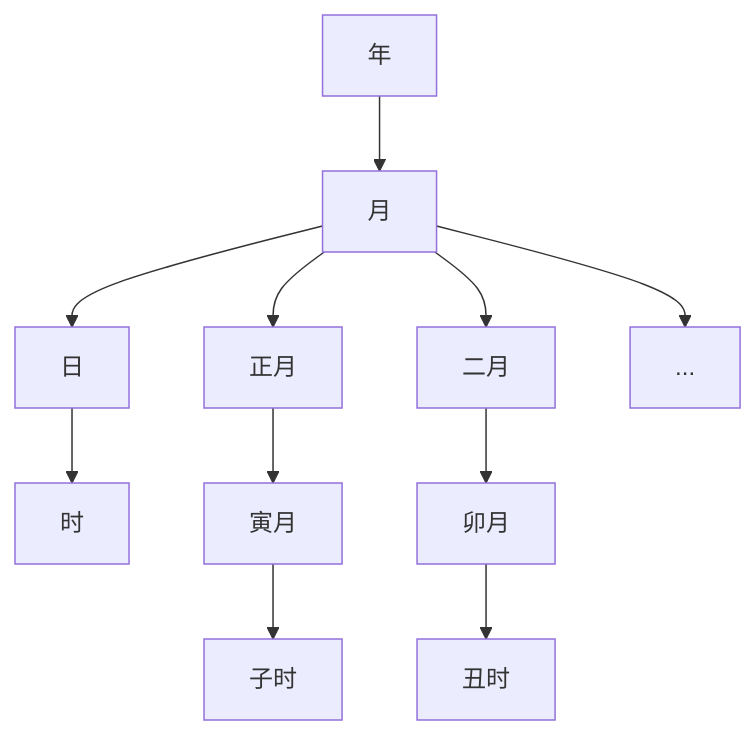
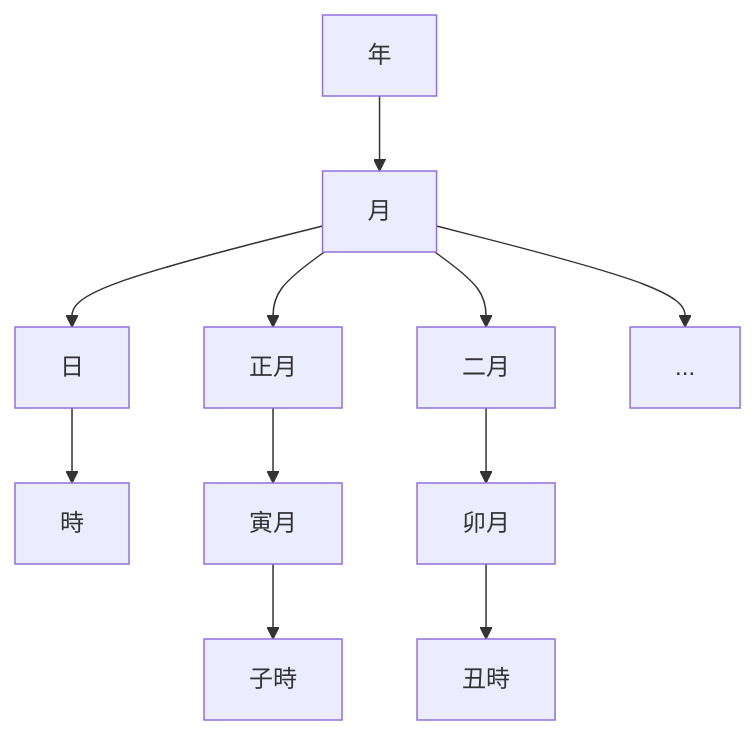
The second of 13 diagrams in 3 Resources/04-Interests/易学/03-占卜方法/梅花易数入门.md (kmjade/knowledge-value), drawn with Mermaid before and after one commit. The commit also changed other lines of this file and 49 other files, not shown here.

````diff
--- a/3 Resources/04-Interests/易学/03-占卜方法/梅花易数入门.md
+++ b/3 Resources/04-Interests/易学/03-占卜方法/梅花易数入门.md
@@ -82,8 +82,8 @@
 ```mermaid
 graph TB
-    A[年] --> B[月] --> C[日] --> D[时]
+    A[年] --> B[月] --> C[日] --> D[時]
     
-    B --> B1[正月] --> C1[寅月] --> D1[子时]
-    B --> B2[二月] --> C2[卯月] --> D2[丑时]
+    B --> B1[正月] --> C1[寅月] --> D1[子時]
+    B --> B2[二月] --> C2[卯月] --> D2[丑時]
     B --> B3[...]
 ```
````
